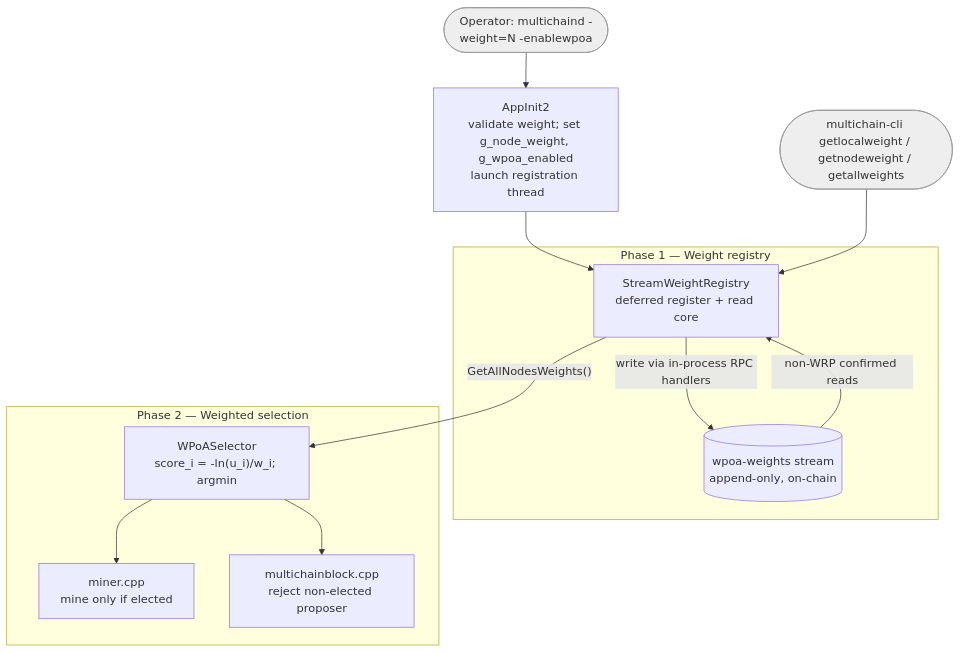
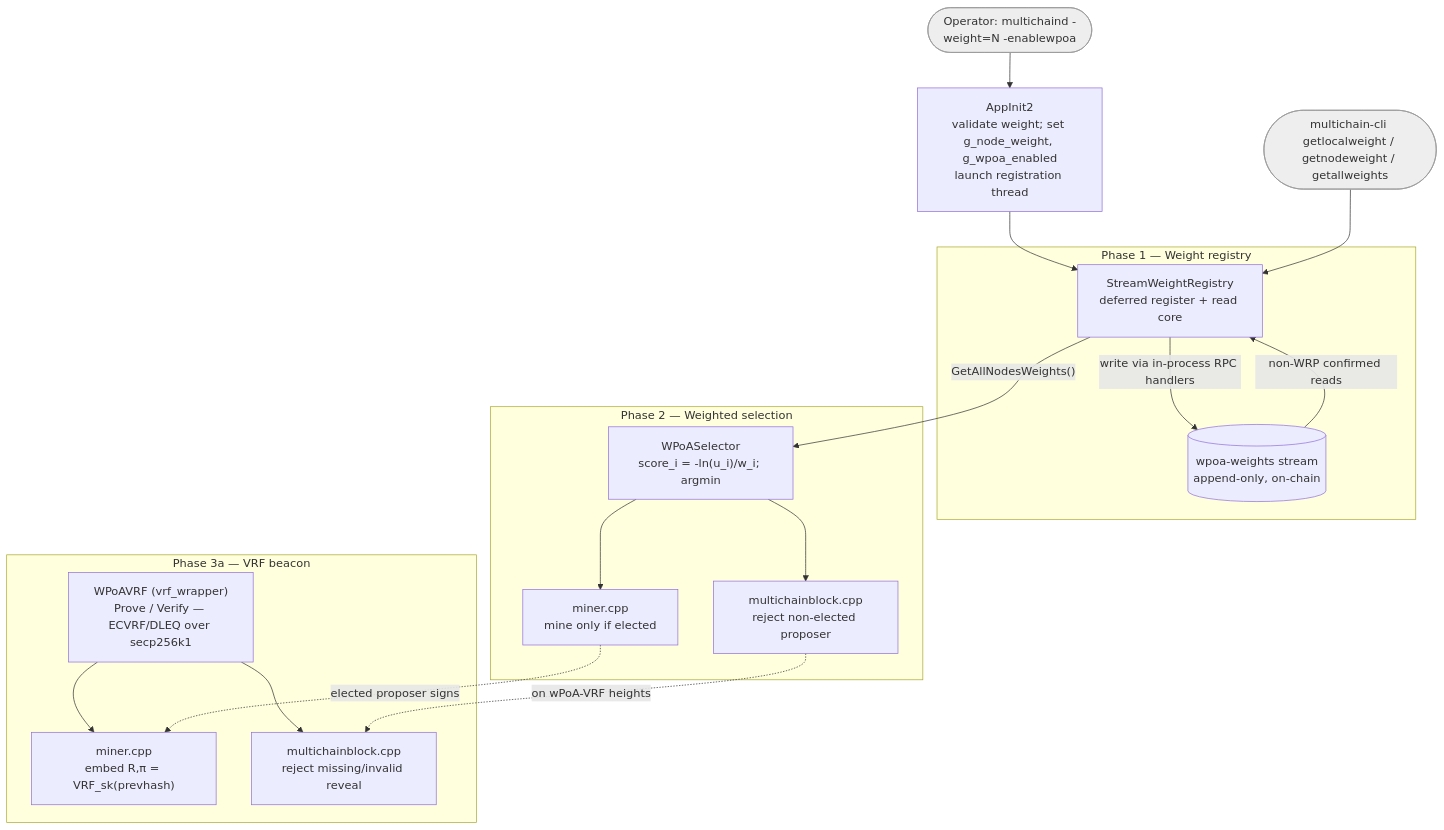
One commit to FeMattu/multichain changed the diagram in src/wpoa/README.md. Above: the diagram before and after it, drawn with Mermaid. The commit also changed other lines of this file and 23 other files, not shown here.

````diff
--- a/src/wpoa/README.md
+++ b/src/wpoa/README.md
@@ -57,26 +64,36 @@
 ```mermaid
 flowchart TD
     OP([Operator: multichaind -weight=N -enablewpoa]):::ext --> INIT
     INIT["AppInit2<br/>validate weight; set g_node_weight, g_wpoa_enabled<br/>launch registration thread"]
 
     subgraph P1 [Phase 1 — Weight registry]
         REG["StreamWeightRegistry<br/>deferred register + read core"]
         STREAM[(wpoa-weights stream<br/>append-only, on-chain)]
         REG -->|write via in-process RPC handlers| STREAM
         STREAM -->|non-WRP confirmed reads| REG
     end
 
     subgraph P2 [Phase 2 — Weighted selection]
         SEL["WPoASelector<br/>score_i = -ln(u_i)/w_i; argmin"]
         MINE["miner.cpp<br/>mine only if elected"]
         VAL["multichainblock.cpp<br/>reject non-elected proposer"]
         SEL --> MINE
         SEL --> VAL
     end
 
+    subgraph P3A [Phase 3a — VRF beacon]
+        VRF["WPoAVRF (vrf_wrapper)<br/>Prove / Verify — ECVRF/DLEQ over secp256k1"]
+        MVRF["miner.cpp<br/>embed R,π = VRF_sk(prevhash)"]
+        VVRF["multichainblock.cpp<br/>reject missing/invalid reveal"]
+        VRF --> MVRF
+        VRF --> VVRF
+    end
+
     INIT --> REG
     REG -->|"GetAllNodesWeights()"| SEL
+    MINE -.->|"elected proposer signs"| MVRF
+    VAL -.->|"on wPoA-VRF heights"| VVRF
     CLI([multichain-cli getlocalweight / getnodeweight / getallweights]):::ext --> REG
 
     classDef ext fill:#eee,stroke:#999,color:#333;
 ```
````
